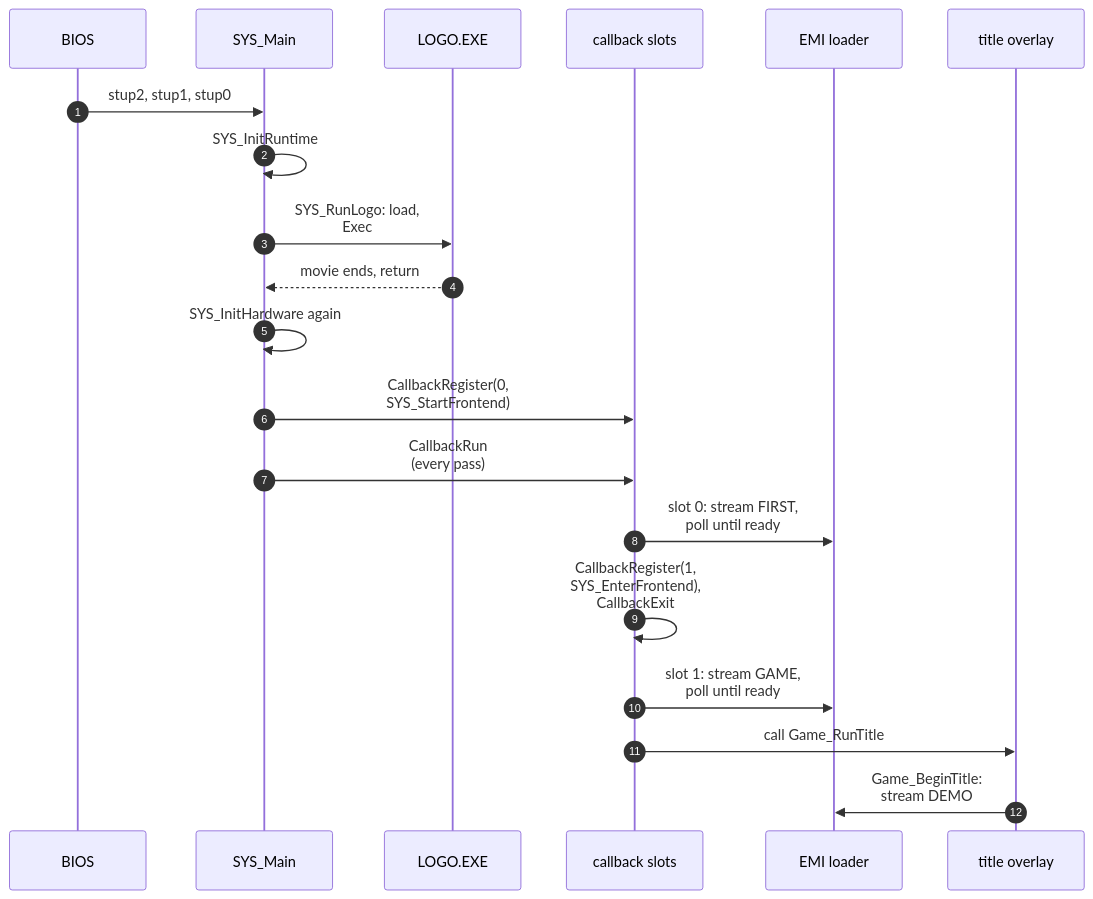
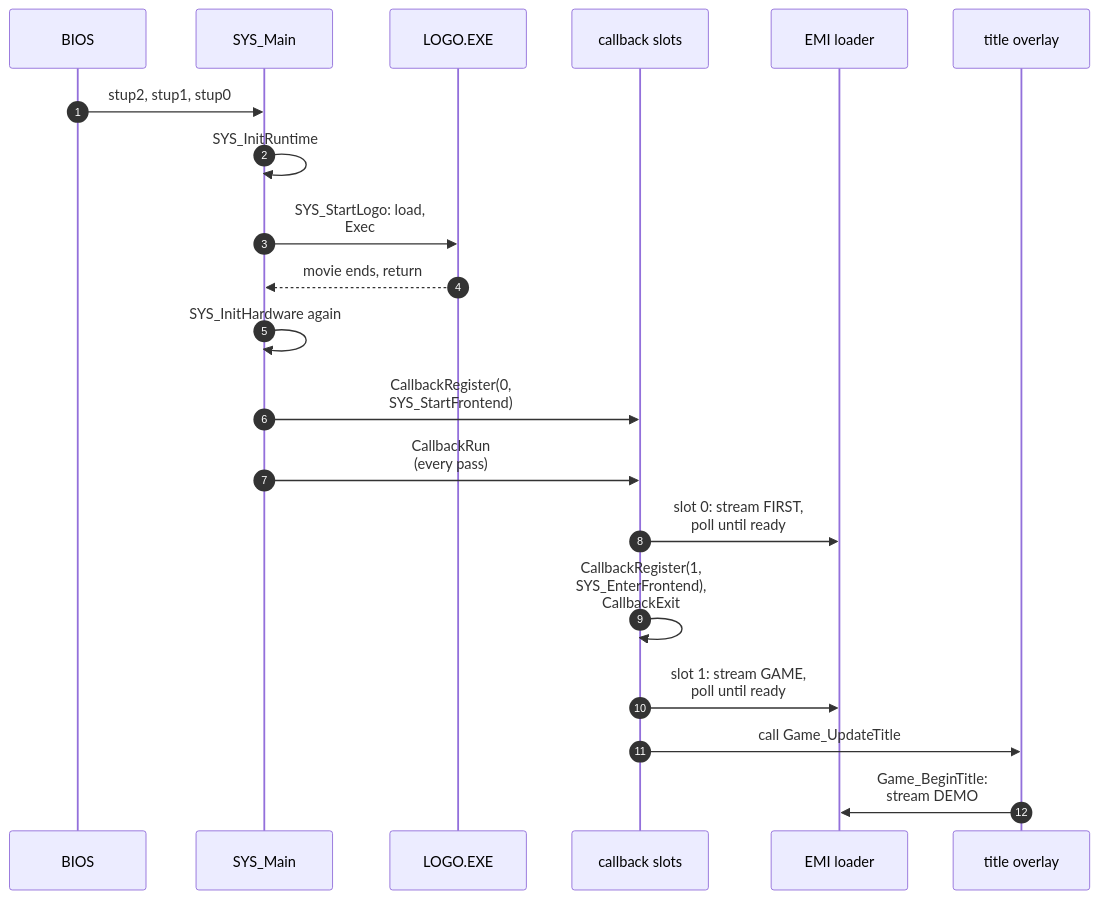
Before and after one commit to raulcorreia7/bof3-wiki: the diagram in src/content/docs/systems/boot.md, drawn with Mermaid. The commit also changed other lines of this file and 29 other files, not shown here.

````diff
--- a/src/content/docs/systems/boot.md
+++ b/src/content/docs/systems/boot.md
@@ -79,23 +79,23 @@
 ```mermaid
 sequenceDiagram
     autonumber
     participant B as BIOS
     participant M as SYS_Main
     participant L as LOGO.EXE
     participant S as callback slots
     participant E as EMI loader
     participant T as title overlay
 
     B->>M: stup2, stup1, stup0
     M->>M: SYS_InitRuntime
-    M->>L: SYS_RunLogo: load,<br/>Exec
+    M->>L: SYS_StartLogo: load,<br/>Exec
     L-->>M: movie ends, return
     M->>M: SYS_InitHardware again
     M->>S: CallbackRegister(0,<br/>SYS_StartFrontend)
     M->>S: CallbackRun<br/>(every pass)
     S->>E: slot 0: stream FIRST,<br/>poll until ready
     S->>S: CallbackRegister(1,<br/>SYS_EnterFrontend),<br/>CallbackExit
     S->>E: slot 1: stream GAME,<br/>poll until ready
-    S->>T: call Game_RunTitle
+    S->>T: call Game_UpdateTitle
     T->>E: Game_BeginTitle:<br/>stream DEMO
 ```
````
